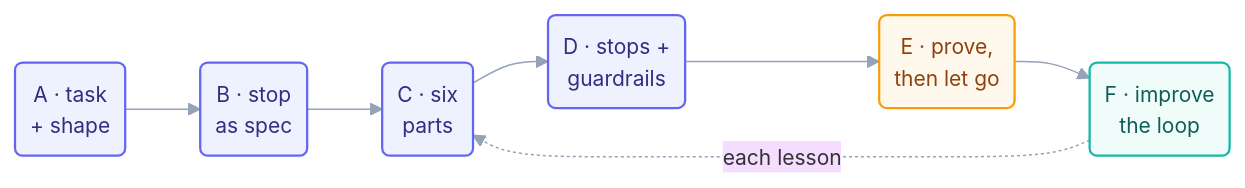
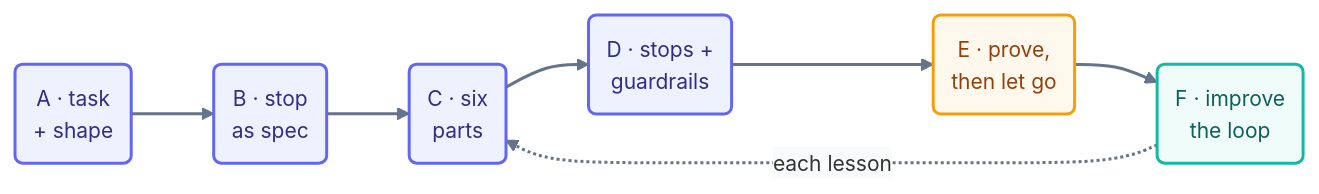
The diagram in docs/09-methods/make-your-own-loop.md (ayeshakhalid192007-dev/LoopEngineering-CrashCourse), drawn with Mermaid before and after one commit. The commit also changed 66 other files, not shown here.

First line of the commit message:
docs(diagrams): bolden and unify all 70 mermaid diagrams

````diff
--- a/docs/09-methods/make-your-own-loop.md
+++ b/docs/09-methods/make-your-own-loop.md
@@ -60,11 +60,12 @@
 ```mermaid
-%%{init: {'theme':'base','themeVariables':{'fontFamily':'ui-sans-serif, system-ui, sans-serif','fontSize':'14px','lineColor':'#94a3b8'},'flowchart':{'curve':'basis','nodeSpacing':45,'rankSpacing':50,'padding':10}}}%%
+%%{init: {'theme':'base','themeVariables':{'fontFamily':'ui-sans-serif, system-ui, sans-serif','fontSize':'14px','lineColor':'#64748b','edgeLabelBackground':'#f8fafc'},'flowchart':{'curve':'basis','nodeSpacing':45,'rankSpacing':55,'padding':12}}}%%
 flowchart LR
     A("A · task<br/>+ shape"):::step --> B2("B · stop<br/>as spec"):::step
     B2 --> C("C · six<br/>parts"):::step --> D("D · stops +<br/>guardrails"):::step
     D --> E("E · prove,<br/>then let go"):::gate --> F("F · improve<br/>the loop"):::win
     F -.->|"each lesson"| C
-    classDef step fill:#eef2ff,stroke:#6366f1,stroke-width:1.5px,color:#312e81;
-    classDef gate fill:#fef9ec,stroke:#f59e0b,stroke-width:1.5px,color:#92400e;
-    classDef win fill:#effcf9,stroke:#14b8a6,stroke-width:1.5px,color:#115e59;
+    linkStyle default stroke:#64748b,stroke-width:2px;
+    classDef step fill:#eef2ff,stroke:#6366f1,stroke-width:2px,color:#312e81;
+    classDef gate fill:#fef9ec,stroke:#f59e0b,stroke-width:2px,color:#92400e;
+    classDef win fill:#effcf9,stroke:#14b8a6,stroke-width:2px,color:#115e59;
 ```
````
